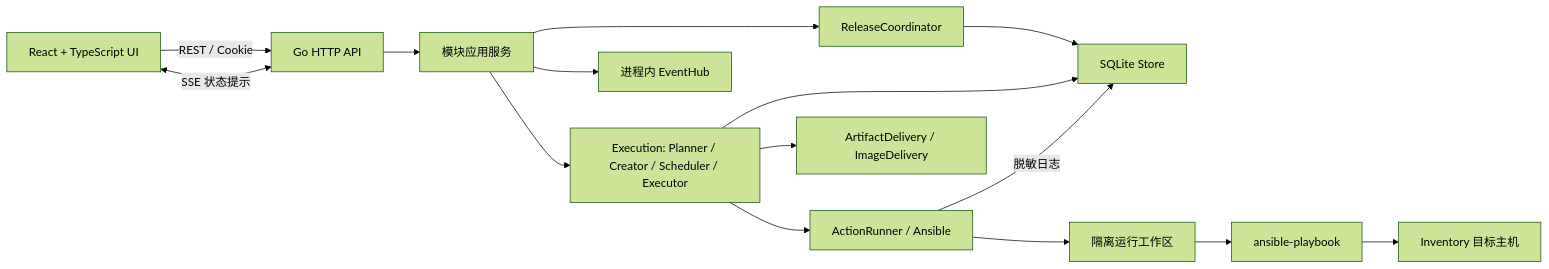
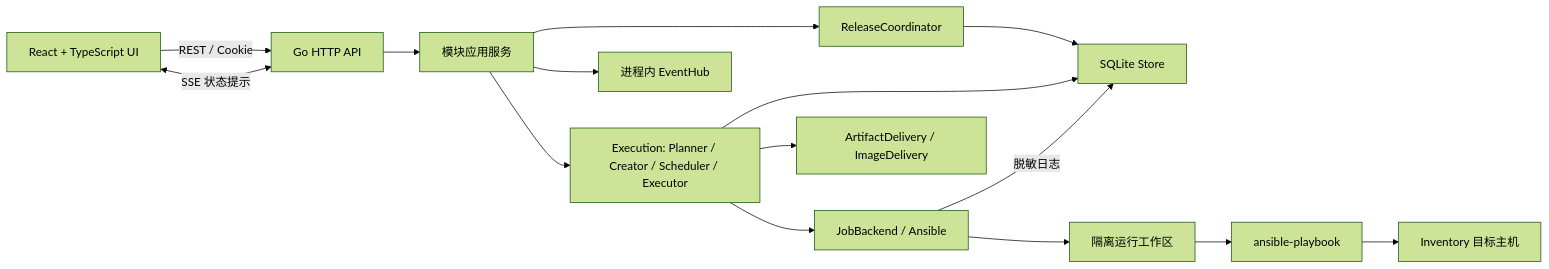
Before and after one commit to wqy0812/owner: the first of 3 diagrams in docs/backend-design.md, drawn with Mermaid (forest theme). The commit also changed other lines of this file and 28 other files, not shown here.

````diff
--- a/docs/backend-design.md
+++ b/docs/backend-design.md
@@ -48,17 +48,17 @@
 ```mermaid
 flowchart LR
     UI["React + TypeScript UI"] -->|"REST / Cookie"| API["Go HTTP API"]
     UI <-->|"SSE 状态提示"| API
     API --> SVC["模块应用服务"]
     SVC --> COORD["ReleaseCoordinator"]
     SVC --> EXEC["Execution: Planner / Creator / Scheduler / Executor"]
     COORD --> STORE["SQLite Store"]
     EXEC --> STORE
     SVC --> HUB["进程内 EventHub"]
-    EXEC --> RUNNER["ActionRunner / Ansible"]
+    EXEC --> RUNNER["JobBackend / Ansible"]
     EXEC --> DELIVERY["ArtifactDelivery / ImageDelivery"]
     RUNNER --> SNAP["隔离运行工作区"]
     SNAP --> ANSIBLE["ansible-playbook"]
     ANSIBLE --> TARGET["Inventory 目标主机"]
     RUNNER -->|"脱敏日志"| STORE
 ```
````
